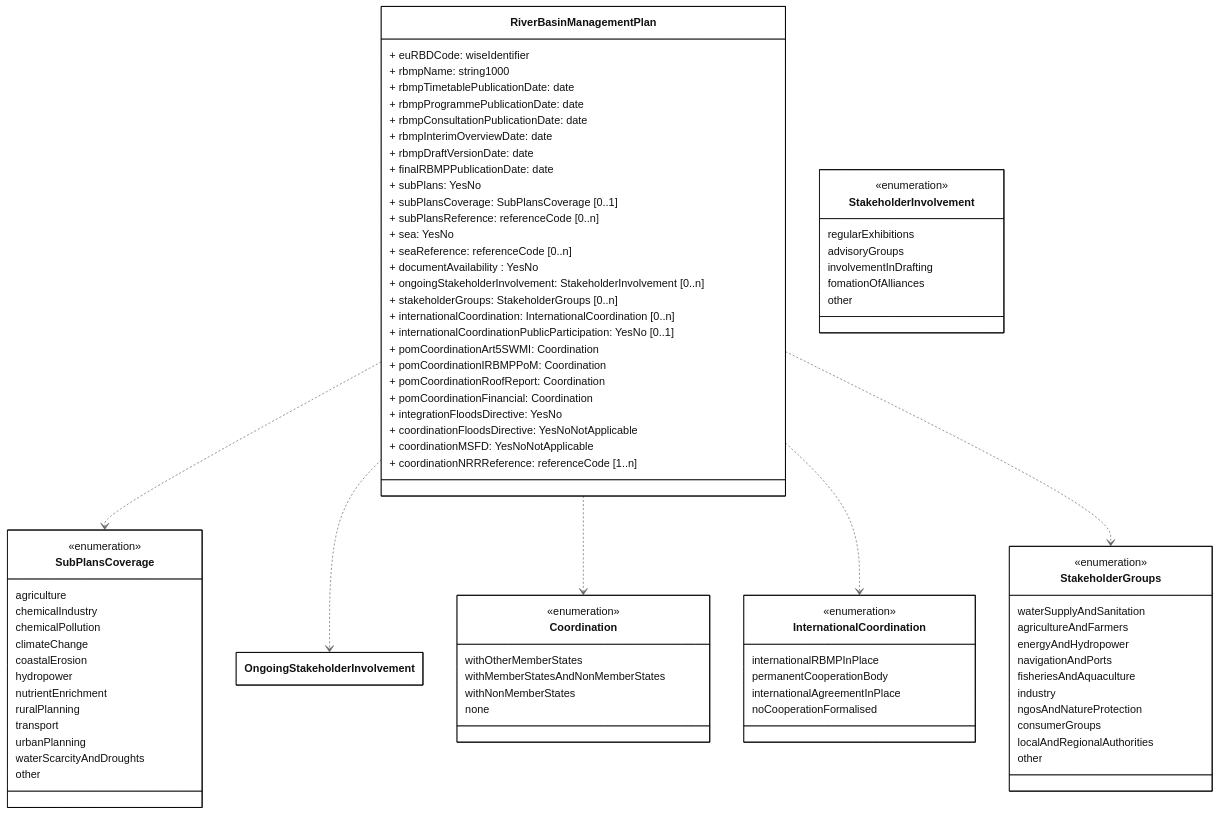
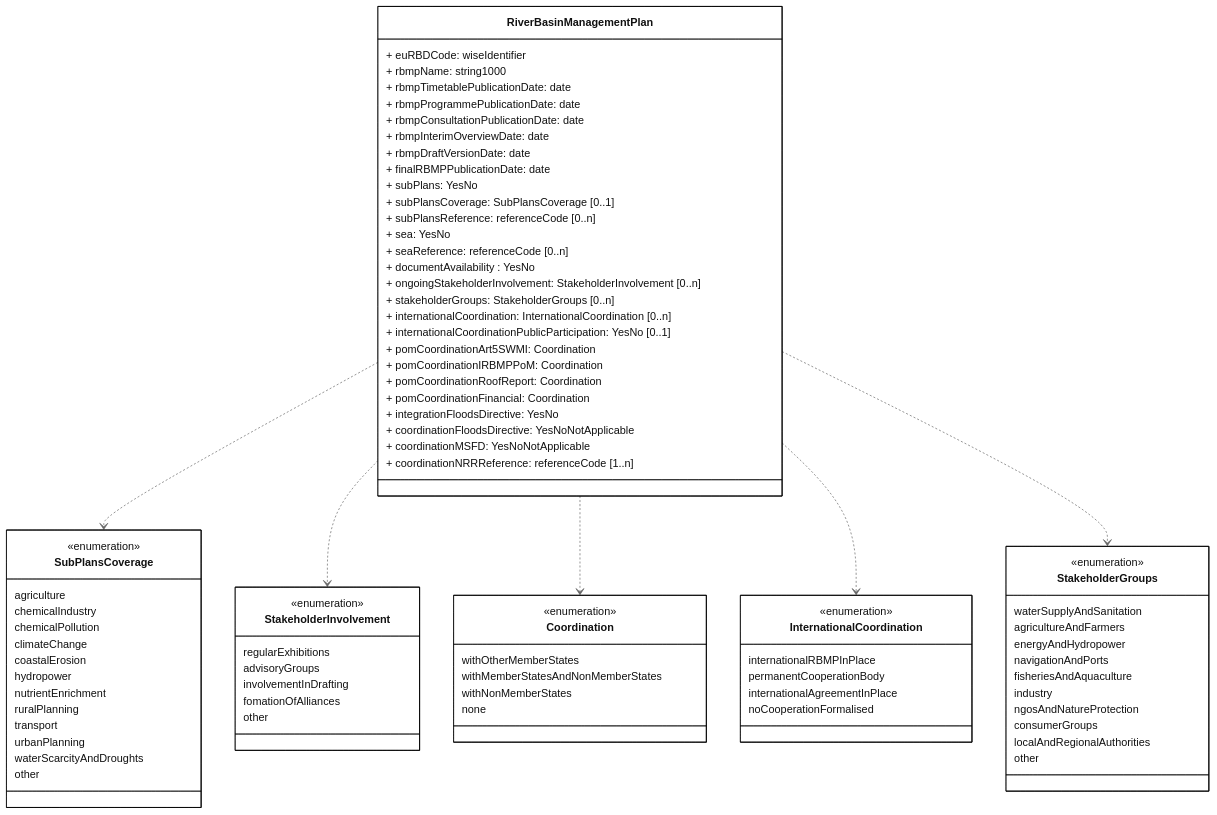
The diagram in docs/DataModelReview/mmd/Measures_4thCycle_RiverBasinManagementPlan_ClassDiagram.mmd (eeadata/WISE.WFD.Documentation), drawn with Mermaid before and after one commit.

Commit message:
Update Measures_4thCycle_RiverBasinManagementPlan_ClassDiagram.mmd
Correcting typo in the StakeholderInvolvement codelist name

```diff
--- a/docs/DataModelReview/mmd/Measures_4thCycle_RiverBasinManagementPlan_ClassDiagram.mmd
+++ b/docs/DataModelReview/mmd/Measures_4thCycle_RiverBasinManagementPlan_ClassDiagram.mmd
@@ -1,110 +1,110 @@
 ---
 config:
   class:
     hideEmptyMembersBox: true
   layout: dagre
   theme: neutral
 ---
 classDiagram
 direction TB
 
 class RiverBasinManagementPlan{
 + euRBDCode:  wiseIdentifier
 + rbmpName: string1000
 
 + rbmpTimetablePublicationDate: date 
 + rbmpProgrammePublicationDate: date 
 + rbmpConsultationPublicationDate: date 
 + rbmpInterimOverviewDate: date 
 + rbmpDraftVersionDate: date 
 + finalRBMPPublicationDate: date 
 
 + subPlans: YesNo
 + subPlansCoverage: SubPlansCoverage [0..1]
 + subPlansReference: referenceCode [0..n]
 
 + sea: YesNo
 + seaReference: referenceCode [0..n]
 
 + documentAvailability : YesNo
 
 + ongoingStakeholderInvolvement: StakeholderInvolvement [0..n]
 + stakeholderGroups: StakeholderGroups [0..n]
 
 + internationalCoordination: InternationalCoordination [0..n]
 + internationalCoordinationPublicParticipation: YesNo [0..1]
 + pomCoordinationArt5SWMI: Coordination
 + pomCoordinationIRBMPPoM: Coordination
 + pomCoordinationRoofReport: Coordination
 + pomCoordinationFinancial: Coordination
 
 + integrationFloodsDirective: YesNo
 + coordinationFloodsDirective: YesNoNotApplicable
 + coordinationMSFD: YesNoNotApplicable
 
 + coordinationNRRReference: referenceCode [1..n]
 }
 
 class Coordination{
     <<enumeration>>
     withOtherMemberStates
     withMemberStatesAndNonMemberStates
     withNonMemberStates
     none
     }
 
 class InternationalCoordination{
     <<enumeration>>
     internationalRBMPInPlace
     permanentCooperationBody
     internationalAgreementInPlace
     noCooperationFormalised
     }
 
 class StakeholderInvolvement{
     <<enumeration>>
     regularExhibitions
     advisoryGroups
     involvementInDrafting
     fomationOfAlliances
     other
     }
 
 class SubPlansCoverage{
     <<enumeration>>
     agriculture
     chemicalIndustry
     chemicalPollution
     climateChange
     coastalErosion
     hydropower
     nutrientEnrichment
     ruralPlanning
     transport
     urbanPlanning
     waterScarcityAndDroughts
     other
     }
 
 class StakeholderGroups{
     <<enumeration>>
     waterSupplyAndSanitation
     agricultureAndFarmers
     energyAndHydropower
     navigationAndPorts
     fisheriesAndAquaculture
     industry
     ngosAndNatureProtection
     consumerGroups
     localAndRegionalAuthorities    
     other    
     }
 
 RiverBasinManagementPlan ..> SubPlansCoverage
-RiverBasinManagementPlan ..> OngoingStakeholderInvolvement
+RiverBasinManagementPlan ..> StakeholderInvolvement
 RiverBasinManagementPlan ..> Coordination
 RiverBasinManagementPlan ..> InternationalCoordination
 RiverBasinManagementPlan ..> StakeholderGroups
 
 classDef default fill:white,stroke:#000;
 classDef forFixing fill:white,stroke:#f00;
```
